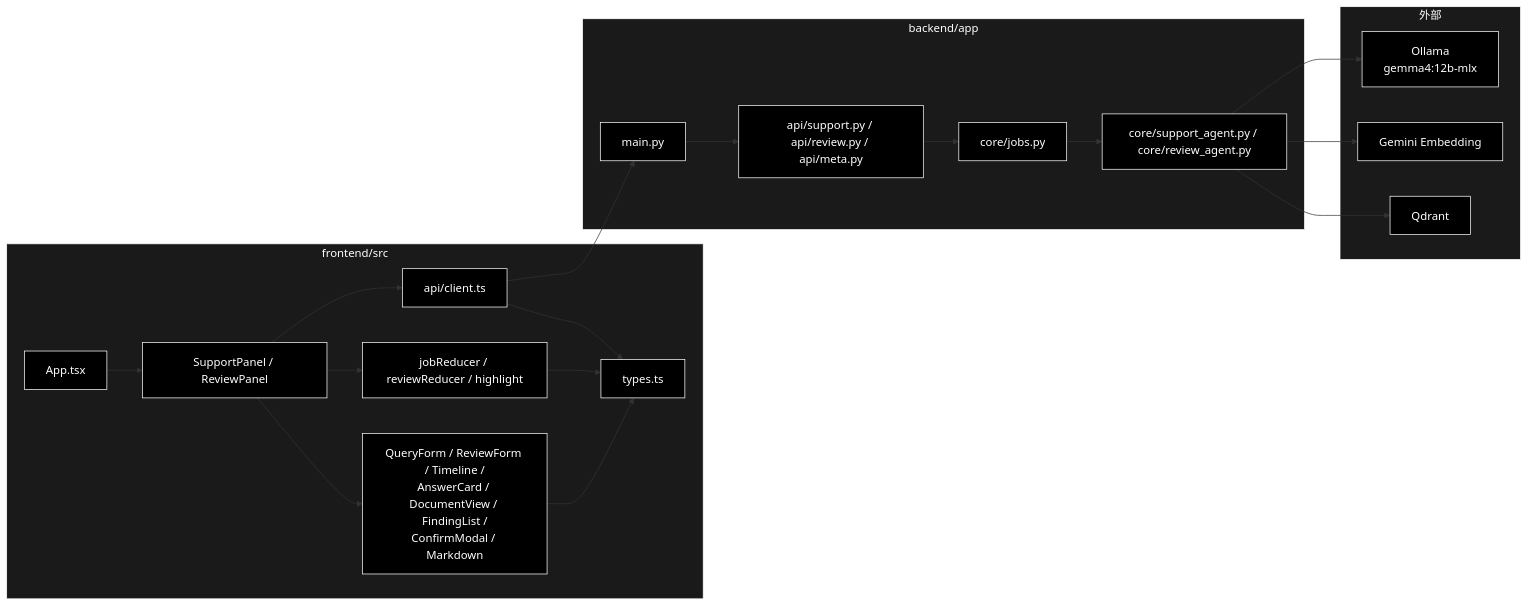
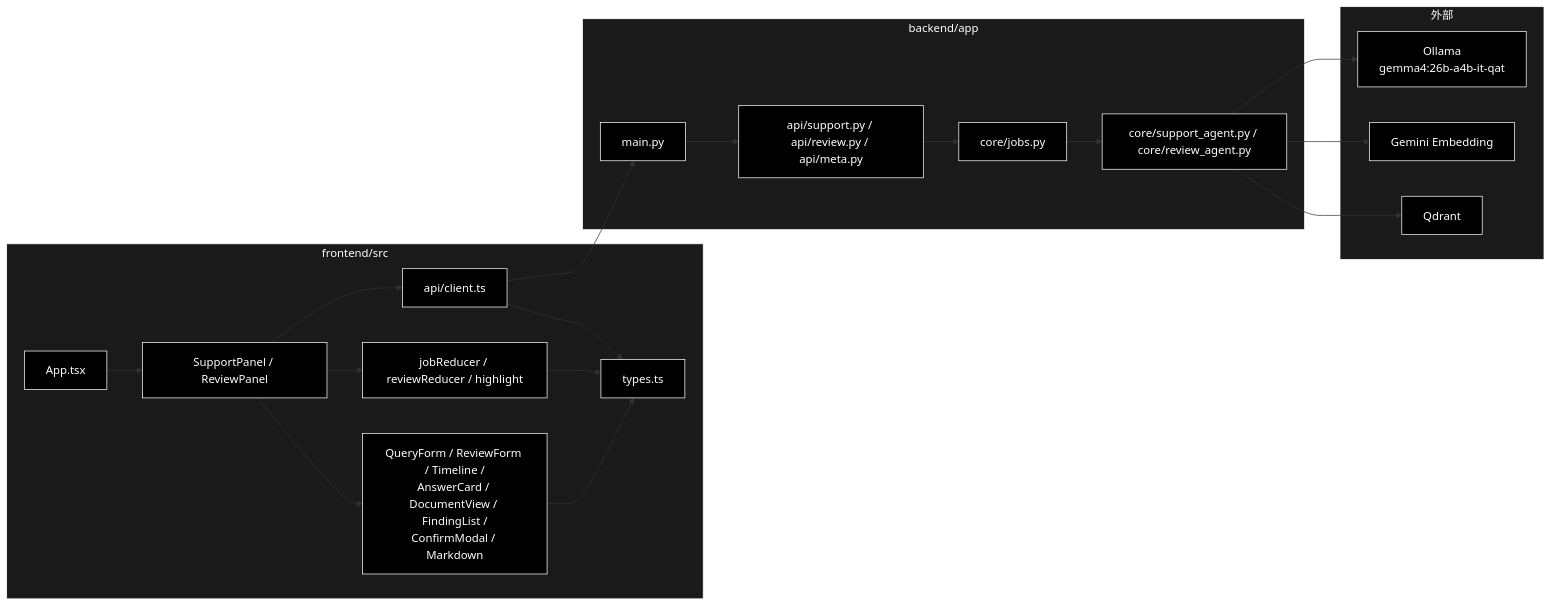
The fifth of 5 diagrams in README.md (nakashima2toshio/grace_v2_local), drawn with Mermaid before and after one commit. The commit also changed other lines of this file and 8 other files, not shown here.

First line of the commit message:
既定のローカル LLM を gemma4:26b-a4b-it-qat に変更する

````diff
--- a/README.md
+++ b/README.md
@@ -1331,45 +1332,45 @@
 ```mermaid
 flowchart LR
     subgraph FE["frontend/src"]
         APPX["App.tsx"]
         PANELS["SupportPanel / ReviewPanel"]
         COMPS["QueryForm / ReviewForm / Timeline /<br>AnswerCard / DocumentView / FindingList /<br>ConfirmModal / Markdown"]
         STATE["jobReducer / reviewReducer / highlight"]
         APIC["api/client.ts"]
         TYPES["types.ts"]
     end
 
     subgraph BE["backend/app"]
         MAINX["main.py"]
         APIS["api/support.py / api/review.py / api/meta.py"]
         JOBSX["core/jobs.py"]
         CORES["core/support_agent.py / core/review_agent.py"]
     end
 
     subgraph EXT["外部"]
-        OLL["Ollama<br>gemma4:12b-mlx"]
+        OLL["Ollama<br>gemma4:26b-a4b-it-qat"]
         GEM["Gemini Embedding"]
         QD["Qdrant"]
     end
 
     APPX --> PANELS
     PANELS --> COMPS
     PANELS --> STATE
     PANELS --> APIC
     COMPS --> TYPES
     STATE --> TYPES
     APIC --> TYPES
     APIC --> MAINX
     MAINX --> APIS
     APIS --> JOBSX
     JOBSX --> CORES
     CORES --> OLL
     CORES --> GEM
     CORES --> QD
     classDef default fill:#000,stroke:#fff,color:#fff
     classDef subgraphStyle fill:#1a1a1a,stroke:#fff,color:#fff
     class APPX,PANELS,COMPS,STATE,APIC,TYPES,MAINX,APIS,JOBSX,CORES,OLL,GEM,QD default
     style FE fill:#1a1a1a,stroke:#fff,color:#fff
     style BE fill:#1a1a1a,stroke:#fff,color:#fff
     style EXT fill:#1a1a1a,stroke:#fff,color:#fff
 ```
````
